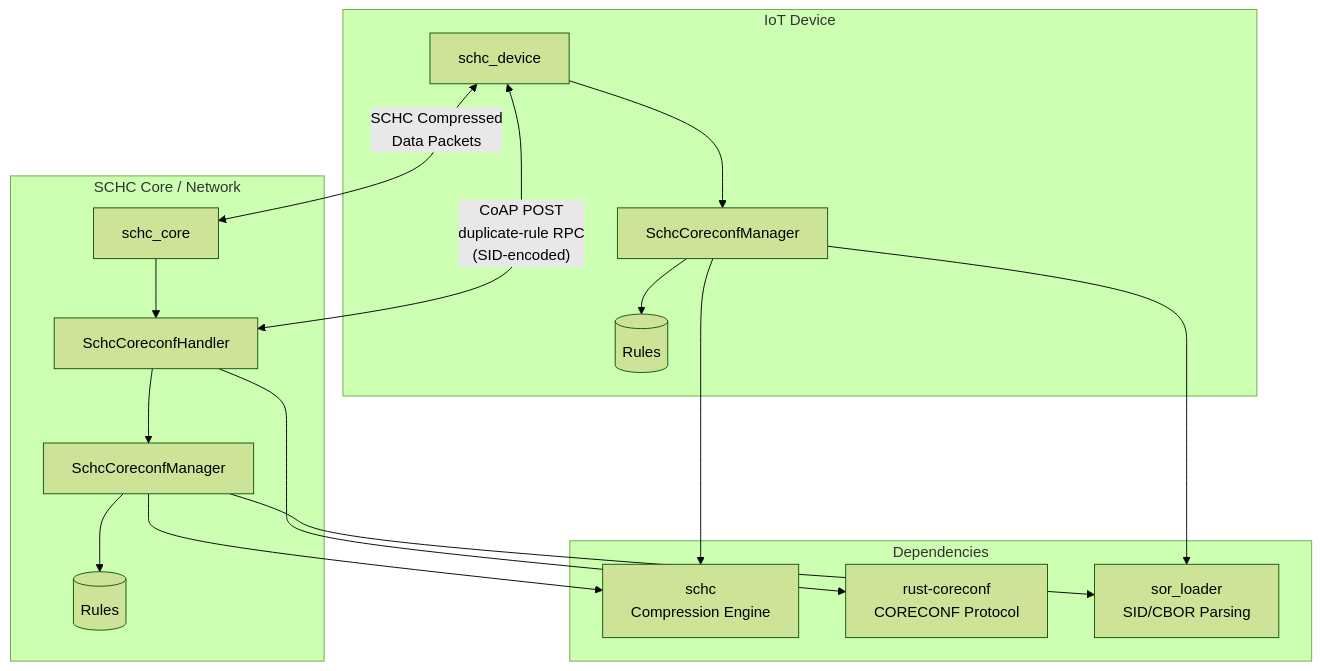
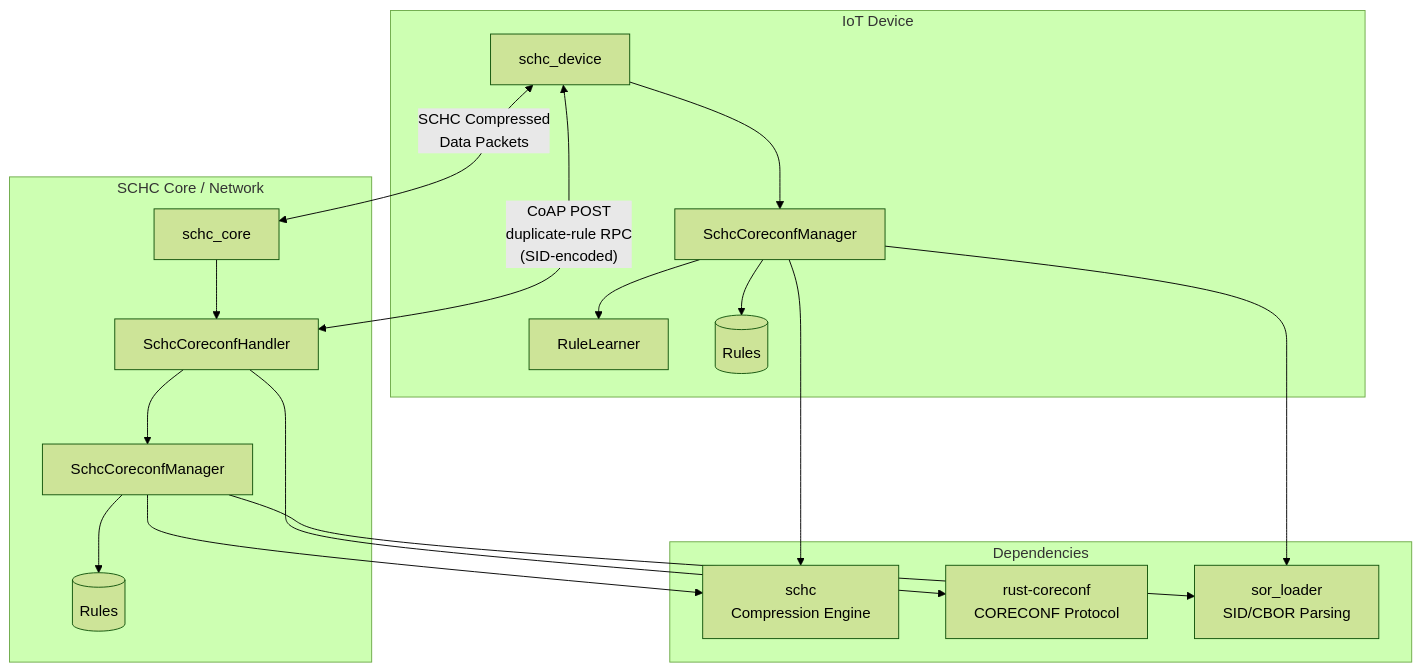
The diagram in README.md (samsirohi11/schc-coreconf), drawn with Mermaid (forest theme) before and after one commit. The commit also changed other lines of this file and 3 other files, not shown here.

Commit message:
rule learner, readme

````diff
--- a/README.md
+++ b/README.md
@@ -9,37 +9,39 @@
 ```mermaid
 graph TB
     subgraph Device["IoT Device"]
         SchcDevice[schc_device]
         DevMgr[SchcCoreconfManager]
+        Learner[RuleLearner]
         DevRules[(Rules)]
 
         SchcDevice --> DevMgr
+        DevMgr --> Learner
         DevMgr --> DevRules
     end
 
     subgraph Core["SCHC Core / Network"]
         SchcCore[schc_core]
         CoreHandler[SchcCoreconfHandler]
         CoreMgr[SchcCoreconfManager]
         CoreRules[(Rules)]
 
         SchcCore --> CoreHandler
         CoreHandler --> CoreMgr
         CoreMgr --> CoreRules
     end
 
     subgraph Libraries["Dependencies"]
         SCHC[schc<br/>Compression Engine]
         Coreconf[rust-coreconf<br/>CORECONF Protocol]
         SOR[sor_loader<br/>SID/CBOR Parsing]
     end
 
     SchcDevice <-->|"SCHC Compressed<br/>Data Packets"| SchcCore
     SchcDevice <-->|"CoAP POST<br/>duplicate-rule RPC<br/>(SID-encoded)"| CoreHandler
 
     DevMgr --> SCHC
     CoreMgr --> SCHC
     CoreHandler --> Coreconf
     DevMgr --> SOR
     CoreMgr --> SOR
 ```
````
